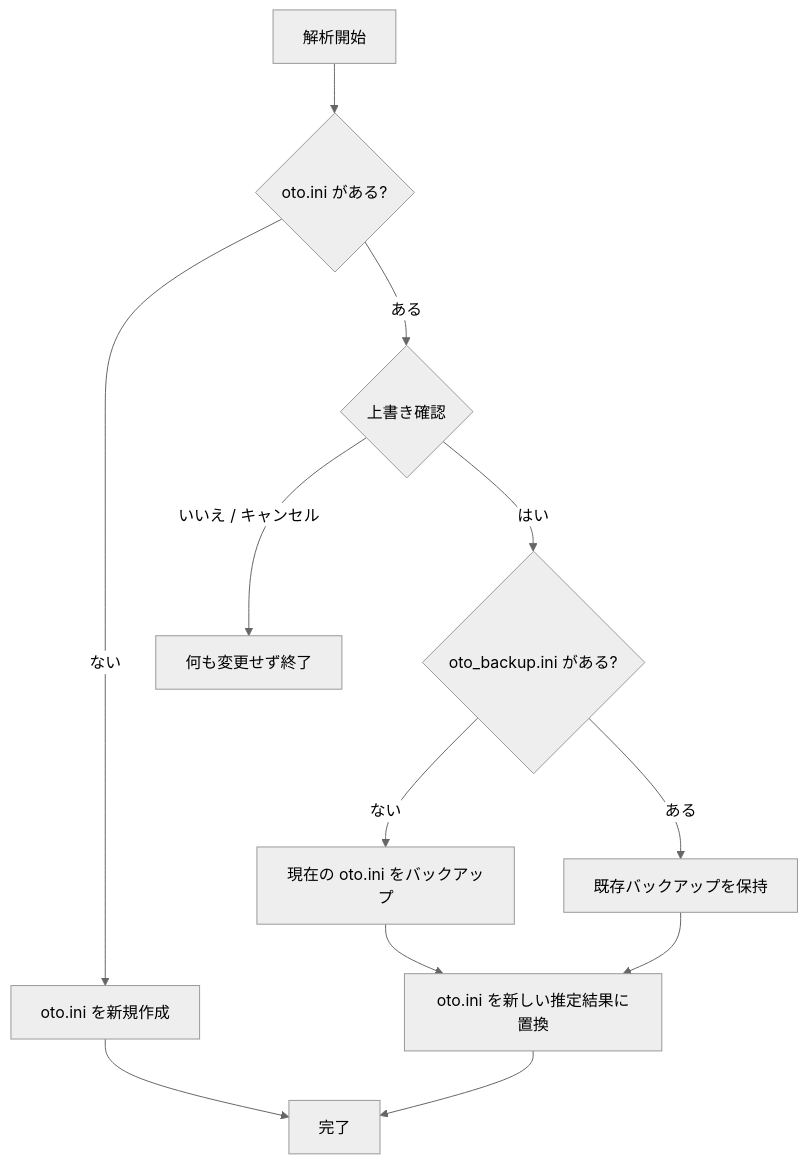
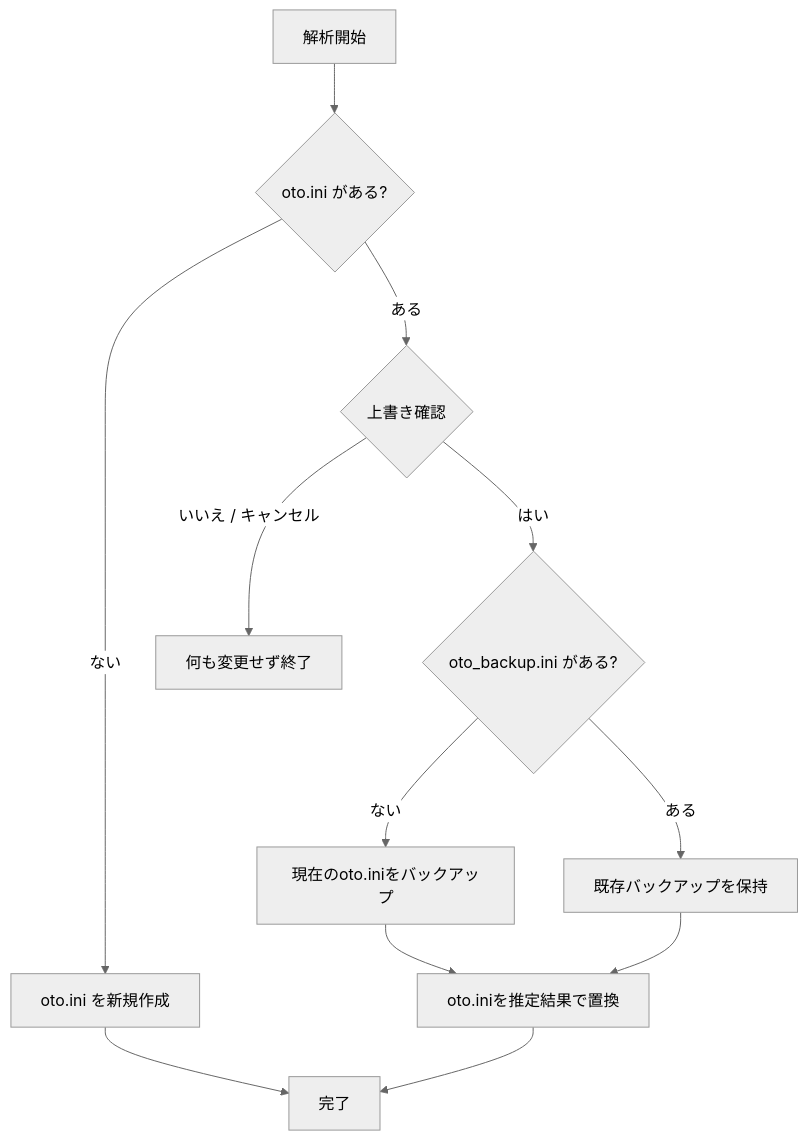
One commit to abschan-dayo/UTAU-Oto-Automation changed the diagram in docs/使い方.md. Above: the diagram before and after it, drawn with Mermaid (neutral theme). The commit also changed other lines of this file and 1 other file, not shown here.

````diff
--- a/docs/使い方.md
+++ b/docs/使い方.md
@@ -20,14 +27,14 @@
 ```mermaid
 flowchart TD
     A[解析開始] --> B{oto.ini がある?}
     B -- ない --> C[oto.ini を新規作成]
     B -- ある --> D{上書き確認}
     D -- いいえ / キャンセル --> E[何も変更せず終了]
     D -- はい --> F{oto_backup.ini がある?}
-    F -- ない --> G[現在の oto.ini をバックアップ]
+    F -- ない --> G[現在のoto.iniをバックアップ]
     F -- ある --> H[既存バックアップを保持]
-    G --> I[oto.ini を新しい推定結果に置換]
+    G --> I[oto.iniを推定結果で置換]
     H --> I
     C --> J[完了]
     I --> J
 ```
````
